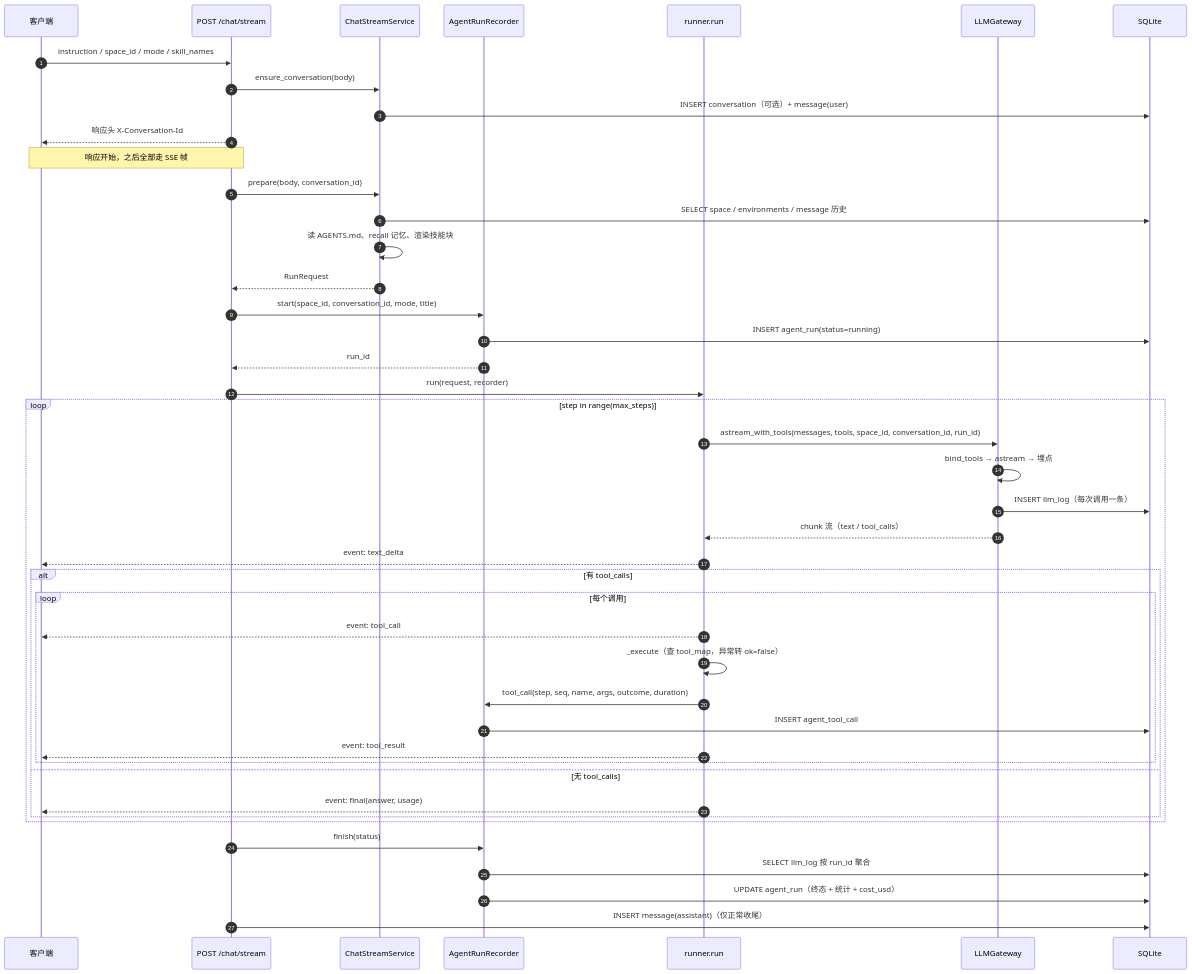
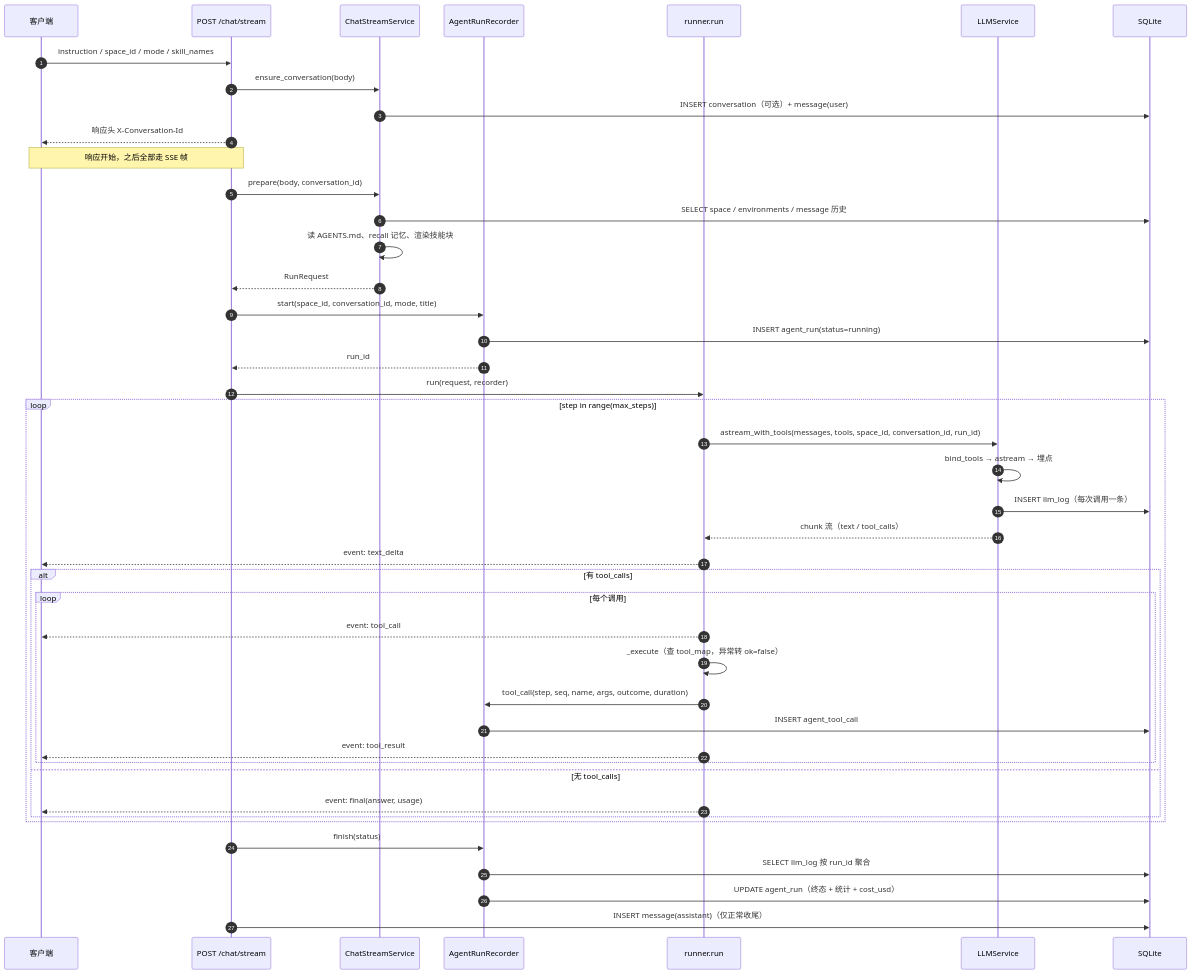
Before and after one commit to cmrhyq/TestAgents: the diagram in doc/design/SystemFlowchart.md, drawn with Mermaid. The commit also changed 17 other files, not shown here.

````diff
--- a/doc/design/SystemFlowchart.md
+++ b/doc/design/SystemFlowchart.md
@@ -30,49 +30,49 @@
 ```mermaid
 sequenceDiagram
   autonumber
   participant C as 客户端
   participant R as POST /chat/stream
   participant S as ChatStreamService
   participant REC as AgentRunRecorder
   participant A as runner.run
-  participant G as LLMGateway
+  participant LLM as LLMService
   participant DB as SQLite
 
   C->>R: instruction / space_id / mode / skill_names
   R->>S: ensure_conversation(body)
   S->>DB: INSERT conversation（可选）+ message(user)
   R-->>C: 响应头 X-Conversation-Id
   Note over R,C: 响应开始，之后全部走 SSE 帧
   R->>S: prepare(body, conversation_id)
   S->>DB: SELECT space / environments / message 历史
   S->>S: 读 AGENTS.md、recall 记忆、渲染技能块
   S-->>R: RunRequest
   R->>REC: start(space_id, conversation_id, mode, title)
   REC->>DB: INSERT agent_run(status=running)
   REC-->>R: run_id
   R->>A: run(request, recorder)
 
   loop step in range(max_steps)
-    A->>G: astream_with_tools(messages, tools, space_id, conversation_id, run_id)
-    G->>G: bind_tools → astream → 埋点
-    G->>DB: INSERT llm_log（每次调用一条）
-    G-->>A: chunk 流（text / tool_calls）
+    A->>LLM: astream_with_tools(messages, tools, space_id, conversation_id, run_id)
+    LLM->>LLM: bind_tools → astream → 埋点
+    LLM->>DB: INSERT llm_log（每次调用一条）
+    LLM-->>A: chunk 流（text / tool_calls）
     A-->>C: event: text_delta
     alt 有 tool_calls
       loop 每个调用
         A-->>C: event: tool_call
         A->>A: _execute（查 tool_map，异常转 ok=false）
         A->>REC: tool_call(step, seq, name, args, outcome, duration)
         REC->>DB: INSERT agent_tool_call
         A-->>C: event: tool_result
       end
     else 无 tool_calls
       A-->>C: event: final(answer, usage)
     end
   end
 
   R->>REC: finish(status)
   REC->>DB: SELECT llm_log 按 run_id 聚合
   REC->>DB: UPDATE agent_run（终态 + 统计 + cost_usd）
   R->>DB: INSERT message(assistant)（仅正常收尾）
 ```
````
